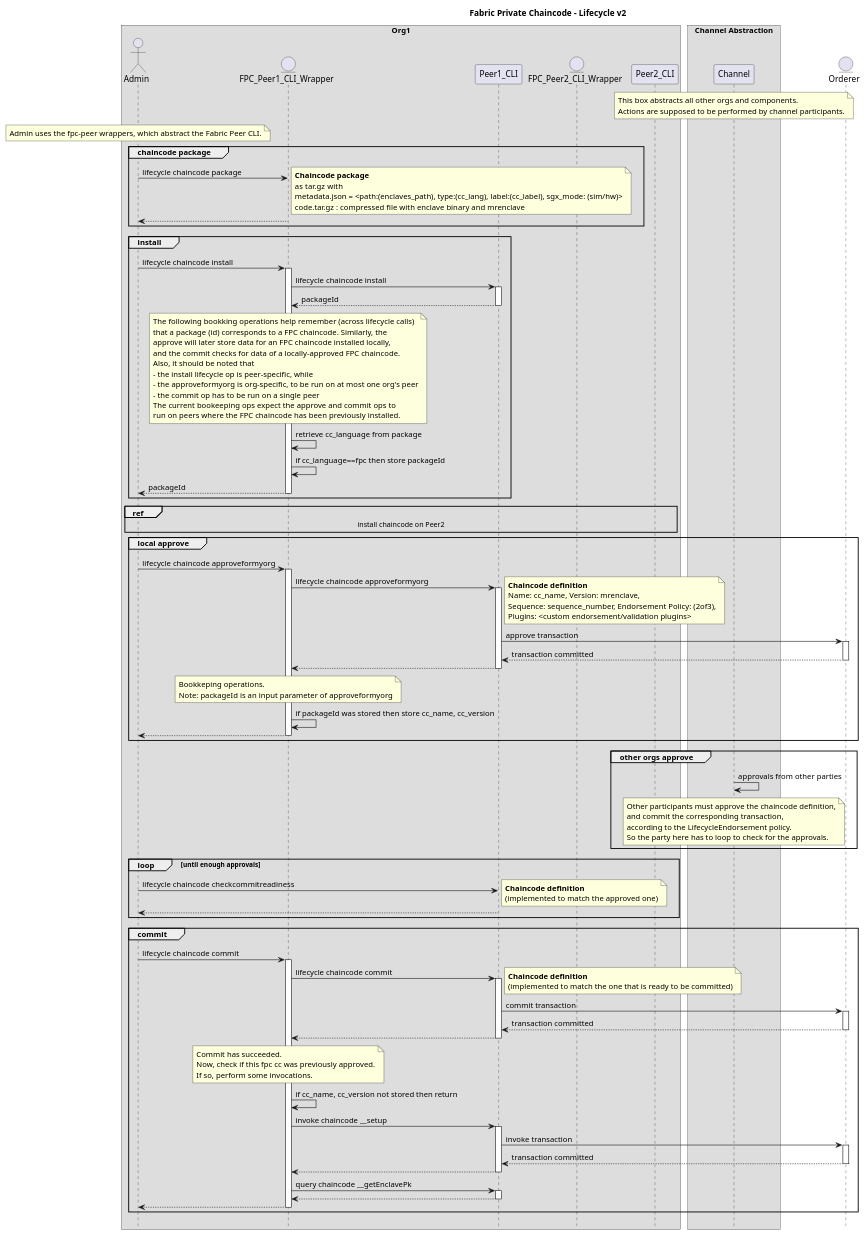
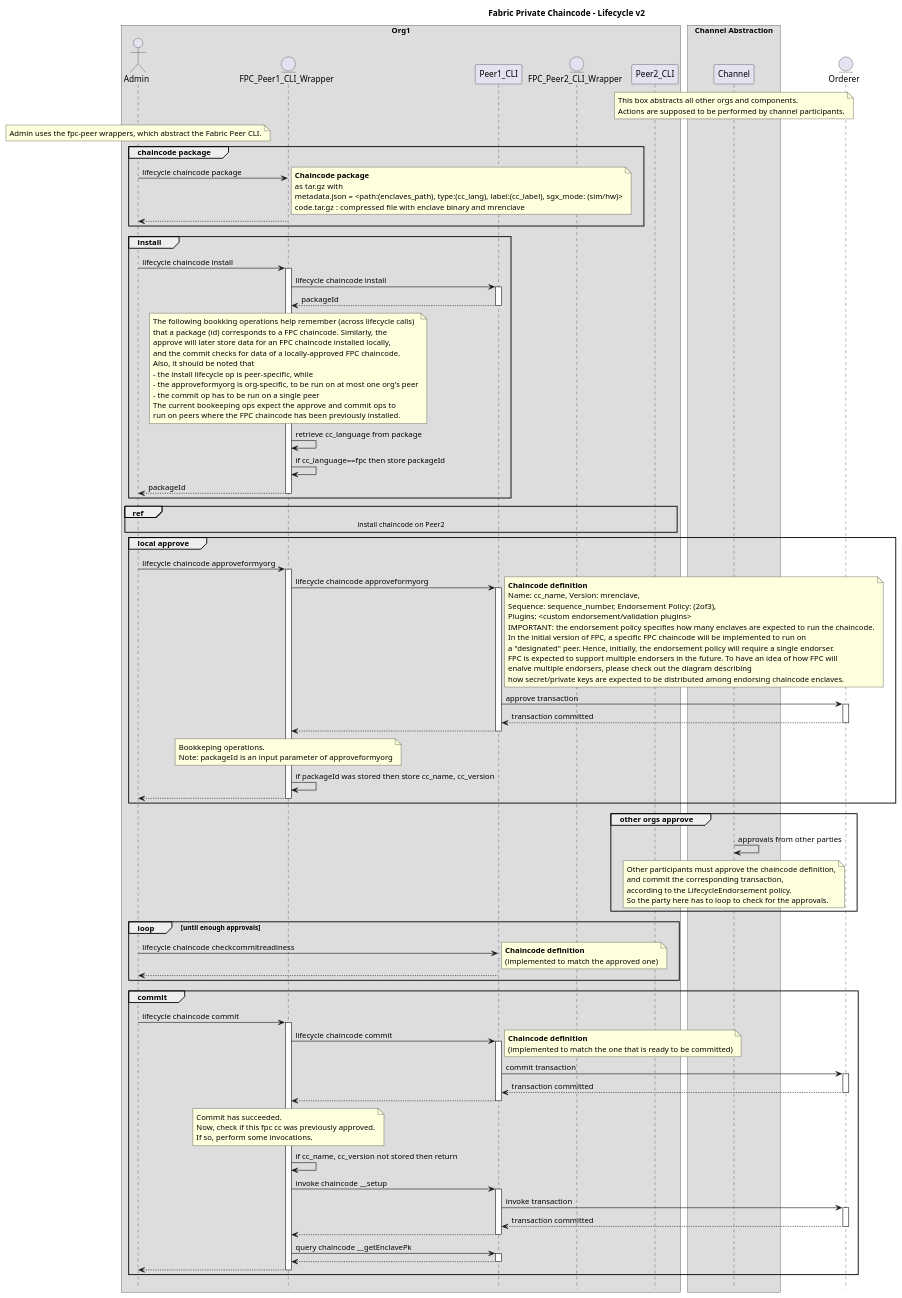
One commit to hyperledger/fabric-private-chaincode changed the diagram in docs/design/fabric-v2+/fpc-lifecycle-v2.puml. Above: the diagram before and after it, drawn with PlantUML.

Commit message:
clarify endorsement policy for single peer

```diff
--- a/docs/design/fabric-v2+/fpc-lifecycle-v2.puml
+++ b/docs/design/fabric-v2+/fpc-lifecycle-v2.puml
@@ -8,133 +8,139 @@
 @startuml
 
 !pragma teoz true
 
 hide footbox
 title Foot Box removed
 
 title Fabric Private Chaincode - Lifecycle v2
 
 box "Org1"
 actor	Admin order 10
 entity "FPC_Peer1_CLI_Wrapper" as FPC_Peer1_CLI_Wrapper order 15
 participant Peer1_CLI order 20
 entity "FPC_Peer2_CLI_Wrapper" as FPC_Peer2_CLI_Wrapper order 30
 participant Peer2_CLI order 40
 end box
 
 box "Channel Abstraction"
 participant Channel order 70
 note over Channel
     This box abstracts all other orgs and components.
     Actions are supposed to be performed by channel participants.
 end note
 end box
 
 entity Orderer order 80
 
 note over Admin
     Admin uses the fpc-peer wrappers, which abstract the Fabric Peer CLI.
 end note
 
 group chaincode package
 Admin -> FPC_Peer1_CLI_Wrapper : lifecycle chaincode package
 note right
     **Chaincode package**
     as tar.gz with
     metadata.json = <path:(enclaves_path), type:(cc_lang), label:(cc_label), sgx_mode: (sim/hw)>
     code.tar.gz : compressed file with enclave binary and mrenclave
 end note
 return
 end /' group chaincode package '/
 
 group install
 Admin -> FPC_Peer1_CLI_Wrapper ++: lifecycle chaincode install
 FPC_Peer1_CLI_Wrapper -> Peer1_CLI ++: lifecycle chaincode install
 return packageId
 note over FPC_Peer1_CLI_Wrapper
     The following bookking operations help remember (across lifecycle calls)
     that a package (id) corresponds to a FPC chaincode. Similarly, the
     approve will later store data for an FPC chaincode installed locally,
     and the commit checks for data of a locally-approved FPC chaincode.
     Also, it should be noted that
     - the install lifecycle op is peer-specific, while
     - the approveformyorg is org-specific, to be run on at most one org's peer
     - the commit op has to be run on a single peer
     The current bookeeping ops expect the approve and commit ops to
     run on peers where the FPC chaincode has been previously installed.
 end note
 FPC_Peer1_CLI_Wrapper -> FPC_Peer1_CLI_Wrapper : retrieve cc_language from package
 FPC_Peer1_CLI_Wrapper -> FPC_Peer1_CLI_Wrapper : if cc_language==fpc then store packageId
 return packageId /' Admin -> FPC_Peer1_CLI_Wrapper '/
 end /' group install '/
 
 ref over Admin, FPC_Peer2_CLI_Wrapper, Peer2_CLI
     install chaincode on Peer2
 end /' ref '/
 
 group local approve
 Admin -> FPC_Peer1_CLI_Wrapper ++: lifecycle chaincode approveformyorg
 FPC_Peer1_CLI_Wrapper -> Peer1_CLI ++: lifecycle chaincode approveformyorg
 note right
     **Chaincode definition**
     Name: cc_name, Version: mrenclave,
     Sequence: sequence_number, Endorsement Policy: (2of3),
     Plugins: <custom endorsement/validation plugins>
+    IMPORTANT: the endorsement policy specifies how many enclaves are expected to run the chaincode.
+    In the initial version of FPC, a specific FPC chaincode will be implemented to run on
+    a "designated" peer. Hence, initially, the endorsement policy will require a single endorser.
+    FPC is expected to support multiple endorsers in the future. To have an idea of how FPC will
+    enalve multiple endorsers, please check out the diagram describing
+    how secret/private keys are expected to be distributed among endorsing chaincode enclaves.
 end note
 Peer1_CLI -> Orderer ++: approve transaction
 return transaction committed /' Peer1_CLI -> Orderer '/
 return /' FPC_Peer1_CLI_Wrapper -> Peer1_CLI '/
 note over FPC_Peer1_CLI_Wrapper
     Bookkeping operations.
     Note: packageId is an input parameter of approveformyorg
 end note
 FPC_Peer1_CLI_Wrapper -> FPC_Peer1_CLI_Wrapper : if packageId was stored then store cc_name, cc_version
 return /' Admin -> FPC_Peer1_CLI_Wrapper '/
 end /' group approve '/
 
 group other orgs approve
 Channel -> Channel : approvals from other parties
 note over Channel
     Other participants must approve the chaincode definition,
     and commit the corresponding transaction,
     according to the LifecycleEndorsement policy.
     So the party here has to loop to check for the approvals.
 end note
 end group 'other orgs approve'
 
 
 loop until enough approvals
 	Admin -> Peer1_CLI : lifecycle chaincode checkcommitreadiness
 note right
     **Chaincode definition**
     (implemented to match the approved one)
 end note
     return
 end
 
 group commit
 Admin -> FPC_Peer1_CLI_Wrapper ++:lifecycle chaincode commit
 FPC_Peer1_CLI_Wrapper -> Peer1_CLI ++: lifecycle chaincode commit
 note right
     **Chaincode definition**
     (implemented to match the one that is ready to be committed)
 end note
 Peer1_CLI -> Orderer ++: commit transaction
 return transaction committed /' Peer1_CLI -> Orderer '/
 return /' FPC_Peer1_CLI_Wrapper -> Peer1_CLI '/
 note over FPC_Peer1_CLI_Wrapper
     Commit has succeeded.
     Now, check if this fpc cc was previously approved.
     If so, perform some invocations.
 end note
 FPC_Peer1_CLI_Wrapper -> FPC_Peer1_CLI_Wrapper : if cc_name, cc_version not stored then return
 FPC_Peer1_CLI_Wrapper -> Peer1_CLI ++: invoke chaincode __setup
 Peer1_CLI -> Orderer ++: invoke transaction
 return transaction committed
 return /' FPC_Peer1_CLI_Wrapper -> Peer1_CLI '/
 FPC_Peer1_CLI_Wrapper -> Peer1_CLI ++: query chaincode __getEnclavePk
 return /' FPC_Peer1_CLI_Wrapper -> Peer1_CLI '/
 return /' Admin -> FPC_Peer1_CLI_Wrapper '/
 end /' group commit '/
 
 @enduml
```
